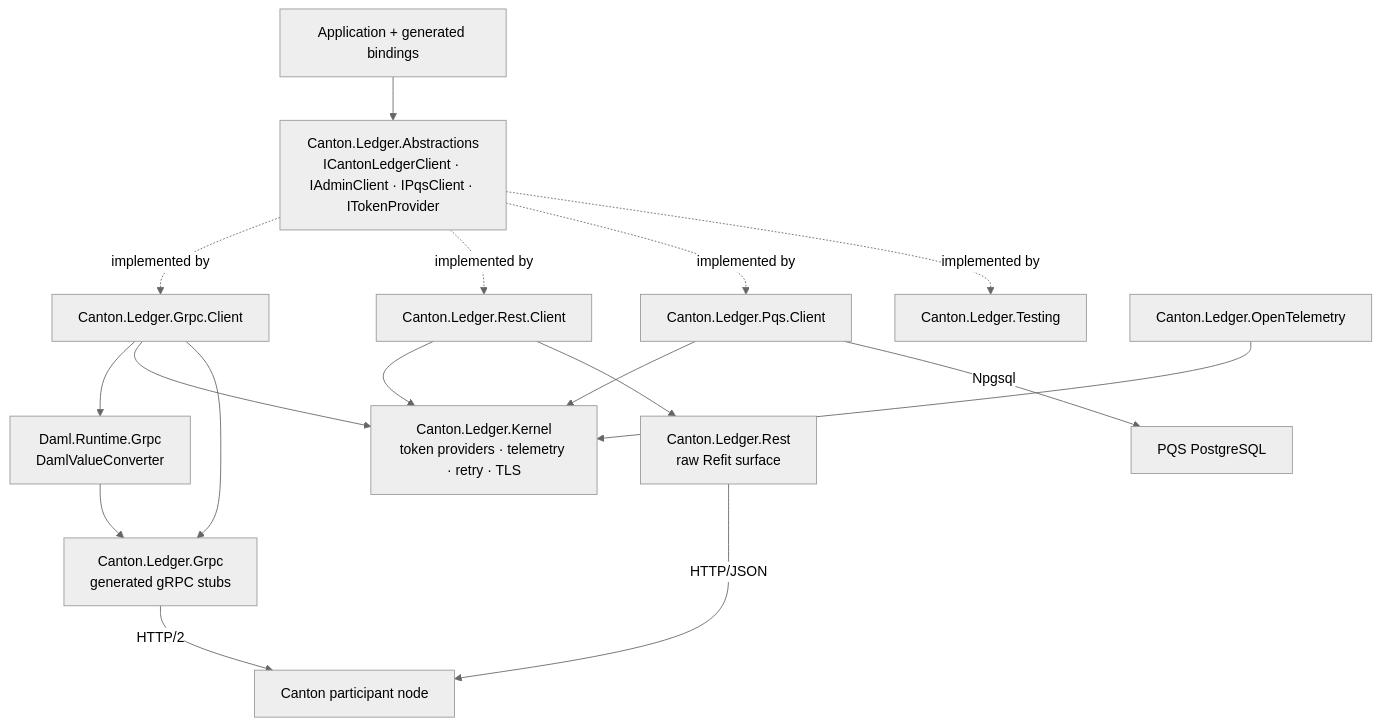
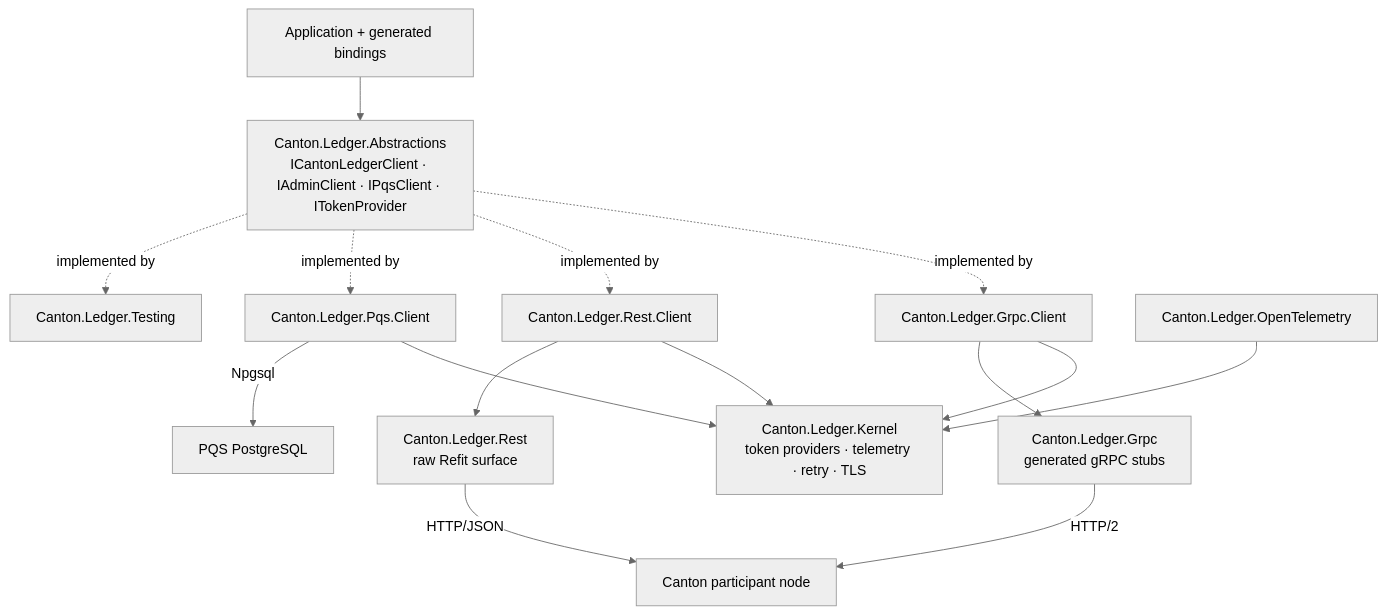
The third of 4 diagrams in docs/public/architecture-overview.md (peacefulstudio/canton-dotnet-sdk), drawn with Mermaid (neutral theme) before and after one commit. The commit also changed other lines of this file and 1023 other files, not shown here.

````diff
--- a/docs/public/architecture-overview.md
+++ b/docs/public/architecture-overview.md
@@ -110,19 +110,17 @@
 ```mermaid
 flowchart TD
     APP["Application + generated bindings"] --> ABS["Canton.Ledger.Abstractions\nICantonLedgerClient · IAdminClient · IPqsClient · ITokenProvider"]
     ABS -. "implemented by" .-> CLIENT["Canton.Ledger.Grpc.Client"]
     ABS -. "implemented by" .-> RESTC["Canton.Ledger.Rest.Client"]
     ABS -. "implemented by" .-> PQSC["Canton.Ledger.Pqs.Client"]
     ABS -. "implemented by" .-> FAKES["Canton.Ledger.Testing"]
-    CLIENT --> BRIDGE["Daml.Runtime.Grpc\nDamlValueConverter"]
     CLIENT --> KERNEL["Canton.Ledger.Kernel\ntoken providers · telemetry · retry · TLS"]
     RESTC --> KERNEL
     PQSC --> KERNEL
     CLIENT --> STUBS["Canton.Ledger.Grpc\ngenerated gRPC stubs"]
-    BRIDGE --> STUBS
     RESTC --> RAW["Canton.Ledger.Rest\nraw Refit surface"]
     OTEL["Canton.Ledger.OpenTelemetry"] --> KERNEL
     STUBS -- "HTTP/2" --> NODE["Canton participant node"]
     RAW -- "HTTP/JSON" --> NODE
     PQSC -- "Npgsql" --> PG["PQS PostgreSQL"]
 ```
````
